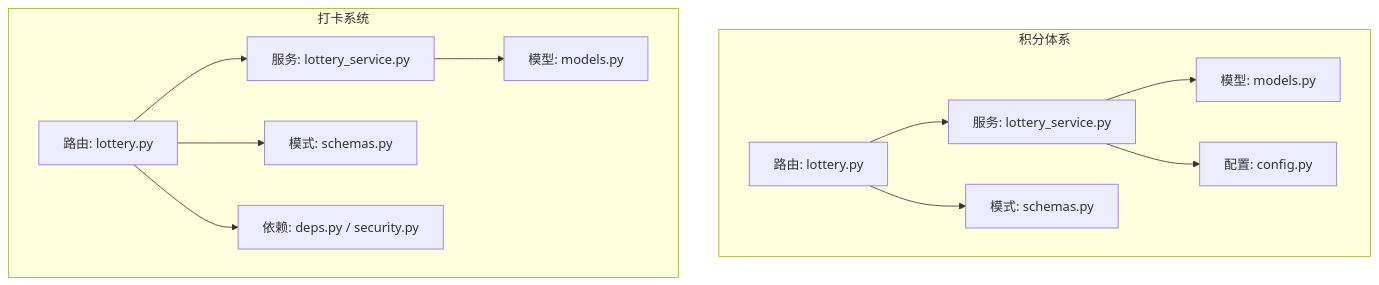
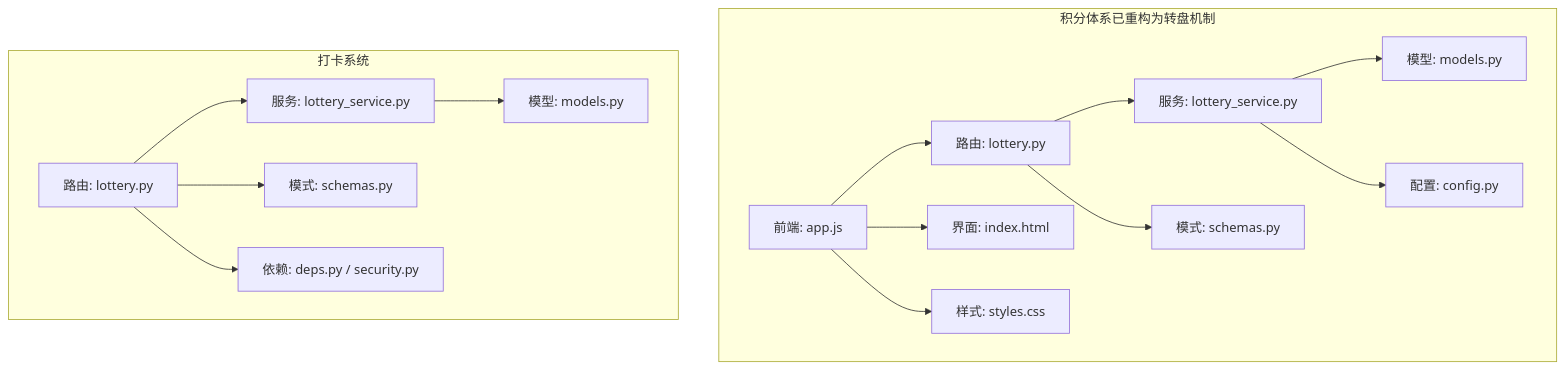
One commit to onebody/homework changed the first of 7 diagrams in .qoder/repowiki/zh/content/积分兑换系统/核心功能模块/抽奖系统.md. Above: the diagram before and after it, drawn with Mermaid. The commit also changed other lines of this file and 3 other files, not shown here.

````diff
--- a/.qoder/repowiki/zh/content/积分兑换系统/核心功能模块/抽奖系统.md
+++ b/.qoder/repowiki/zh/content/积分兑换系统/核心功能模块/抽奖系统.md
@@ -45,15 +57,18 @@
 ```mermaid
 graph TB
-subgraph "积分体系"
+subgraph "积分体系已重构为转盘机制"
 P_R["路由: lottery.py"] --> P_S["服务: lottery_service.py"]
 P_S --> P_M["模型: models.py"]
 P_S --> P_C["配置: config.py"]
 P_R --> P_SC["模式: schemas.py"]
+P_FE["前端: app.js"] --> P_R
+P_FE --> P_HTML["界面: index.html"]
+P_FE --> P_CSS["样式: styles.css"]
 end
 subgraph "打卡系统"
 S_R["路由: lottery.py"] --> S_S["服务: lottery_service.py"]
 S_S --> S_M["模型: models.py"]
 S_R --> S_SC["模式: schemas.py"]
 S_R --> S_D["依赖: deps.py / security.py"]
 end
 ```
````
